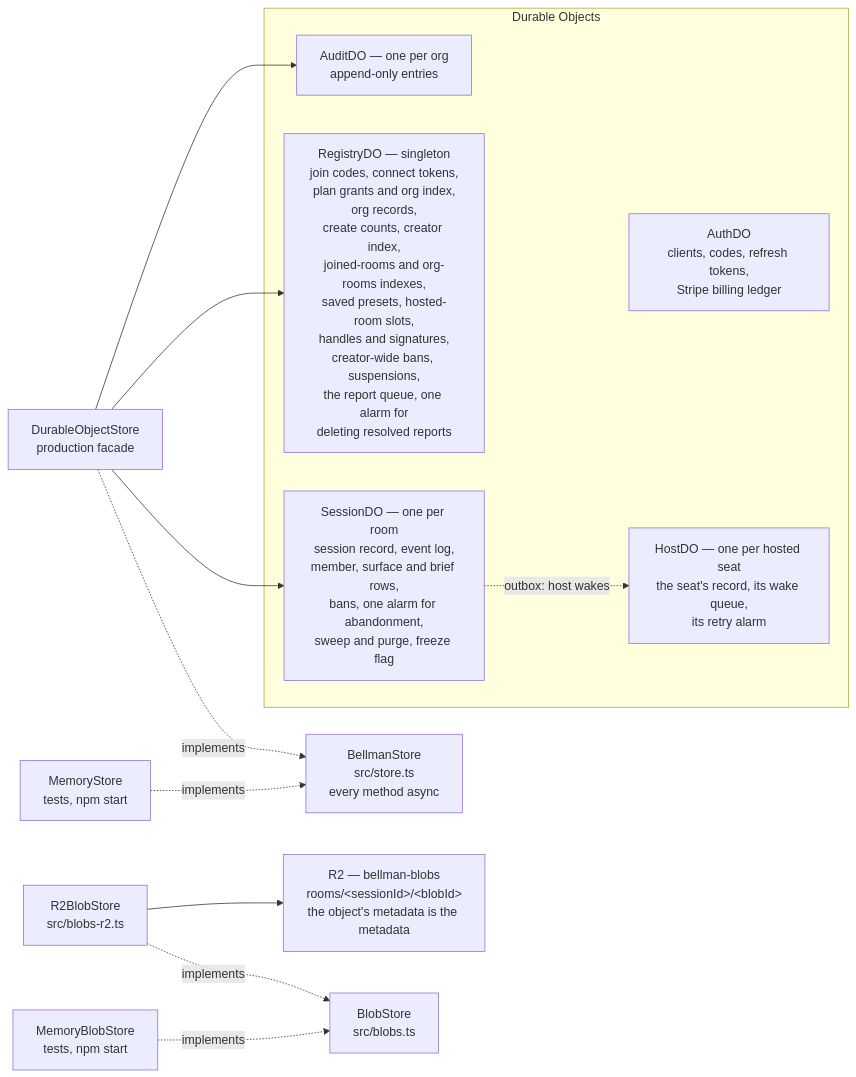
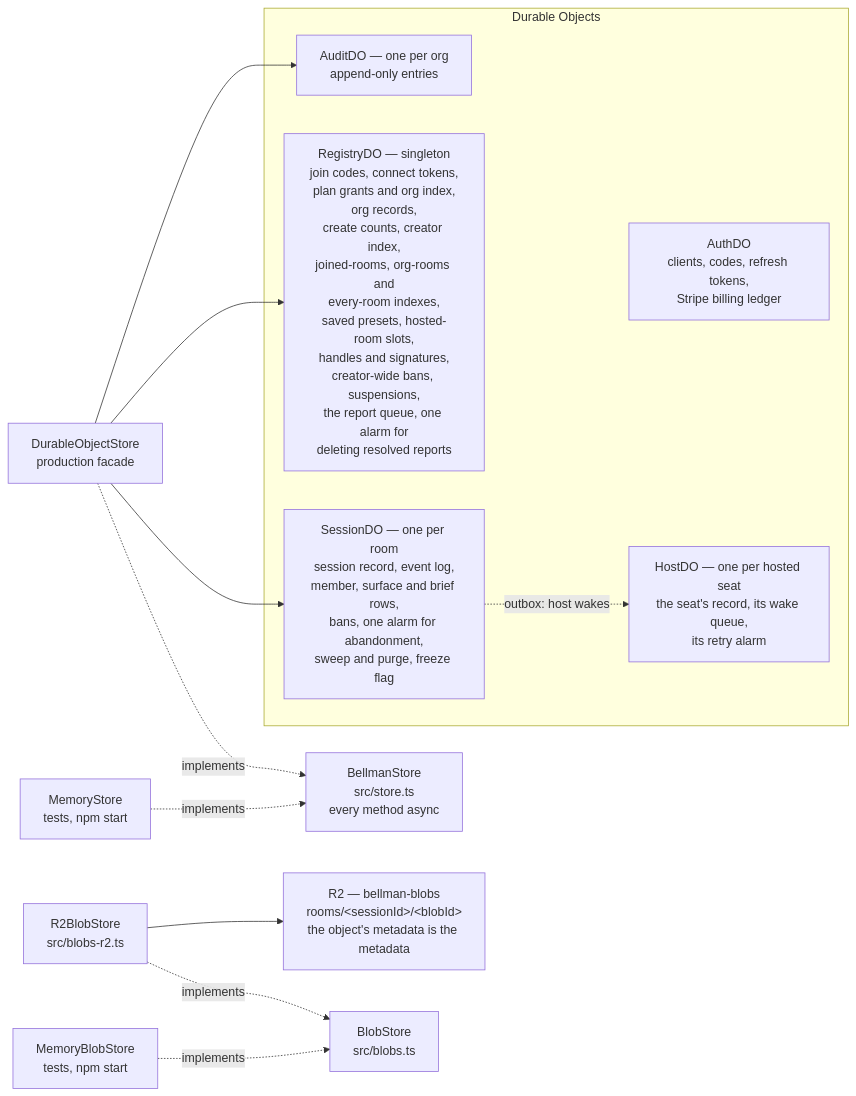
One commit to bellman-sh/bellman changed the fourth of 7 diagrams in docs/ARCHITECTURE.md. Above: the diagram before and after it, drawn with Mermaid. The commit also changed other lines of this file and 8 other files, not shown here.

First line of the commit message:
Registry: an index of every room, for the operator (#471)

````diff
--- a/docs/ARCHITECTURE.md
+++ b/docs/ARCHITECTURE.md
@@ -589,26 +595,26 @@
 ```mermaid
 flowchart LR
     BS["BellmanStore<br/>src/store.ts<br/>every method async"]
     MEM["MemoryStore<br/>tests, npm start"] -.implements.-> BS
     DOS["DurableObjectStore<br/>production facade"] -.implements.-> BS
 
     DOS --> SDO
     DOS --> RDO
     DOS --> ADO
 
     subgraph objects["Durable Objects"]
         SDO["SessionDO — one per room<br/>session record, event log,<br/>member, surface and brief rows,<br/>bans, one alarm for abandonment,<br/>sweep and purge, freeze flag"]
-        RDO["RegistryDO — singleton<br/>join codes, connect tokens,<br/>plan grants and org index,<br/>org records,<br/>create counts, creator index,<br/>joined-rooms and org-rooms indexes,<br/>saved presets, hosted-room slots,<br/>handles and signatures,<br/>creator-wide bans, suspensions,<br/>the report queue, one alarm for<br/>deleting resolved reports"]
+        RDO["RegistryDO — singleton<br/>join codes, connect tokens,<br/>plan grants and org index,<br/>org records,<br/>create counts, creator index,<br/>joined-rooms, org-rooms and<br/>every-room indexes,<br/>saved presets, hosted-room slots,<br/>handles and signatures,<br/>creator-wide bans, suspensions,<br/>the report queue, one alarm for<br/>deleting resolved reports"]
         ADO["AuditDO — one per org<br/>append-only entries"]
         AUTH["AuthDO<br/>clients, codes, refresh tokens,<br/>Stripe billing ledger"]
         HDO["HostDO — one per hosted seat<br/>the seat's record, its wake queue,<br/>its retry alarm"]
     end
 
     SDO -.->|"outbox: host wakes"| HDO
 
     BLOB["BlobStore<br/>src/blobs.ts"]
     R2["R2 — bellman-blobs<br/>rooms/&lt;sessionId&gt;/&lt;blobId&gt;<br/>the object's metadata is the metadata"]
     MEMB["MemoryBlobStore<br/>tests, npm start"] -.implements.-> BLOB
     R2S["R2BlobStore<br/>src/blobs-r2.ts"] -.implements.-> BLOB
     R2S --> R2
 ```
````
